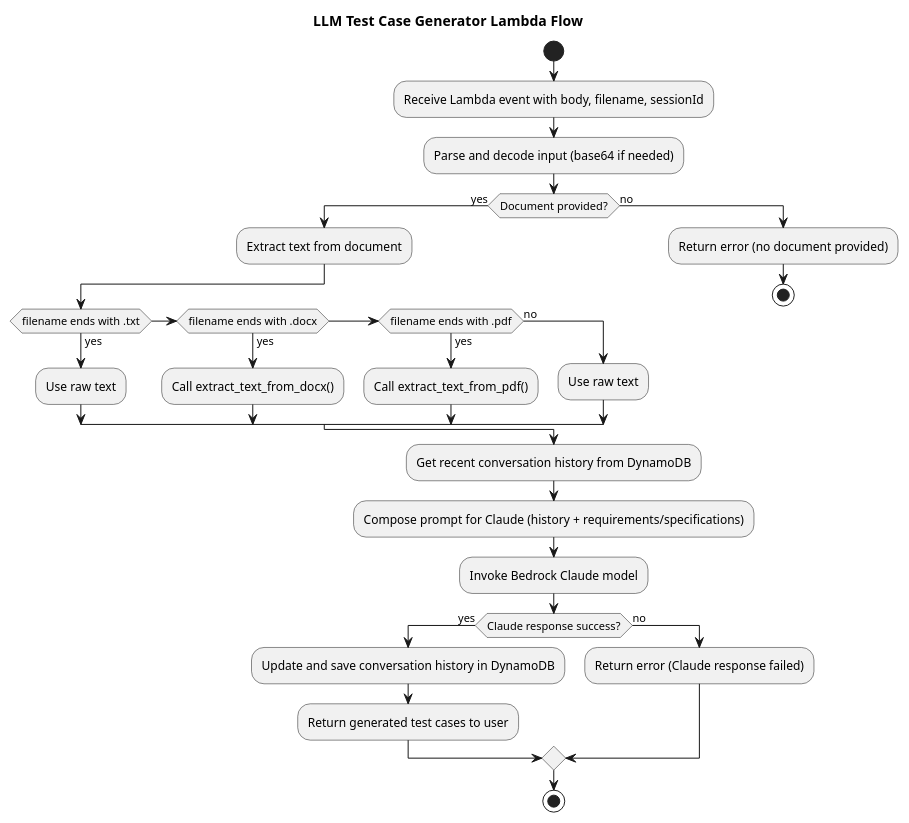
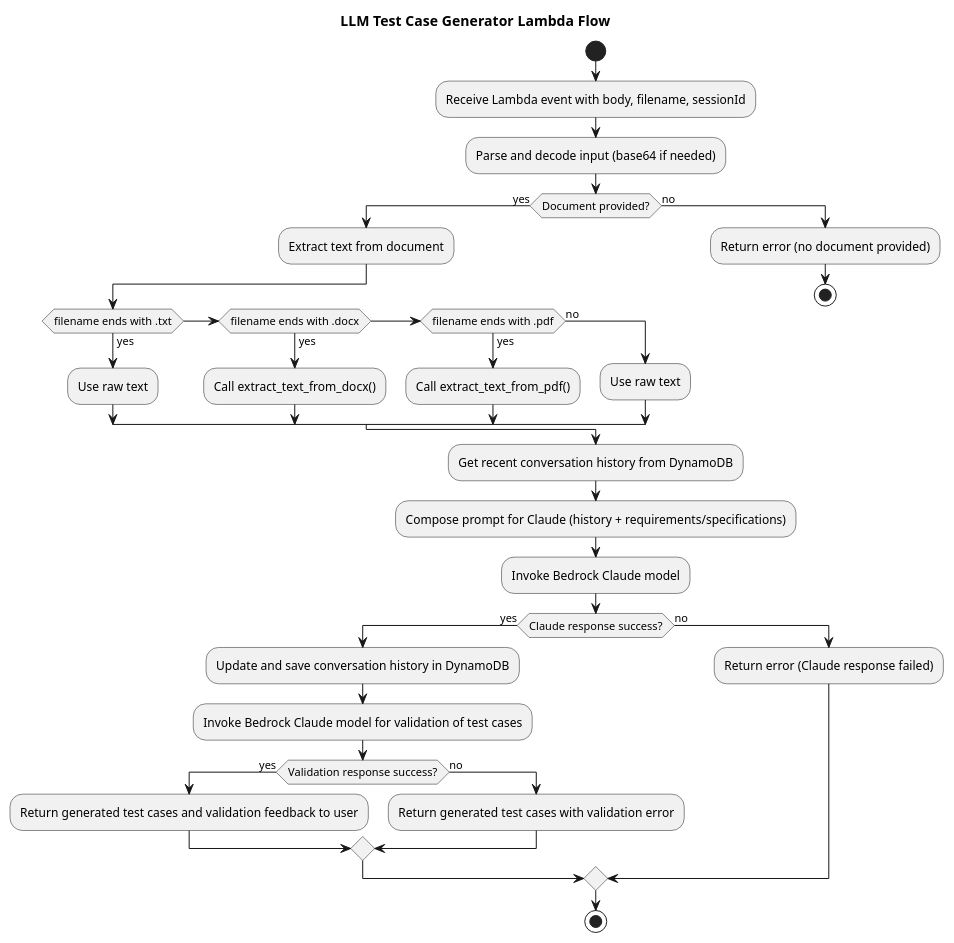
One commit to pavanchanduri/RAGChatbot changed the diagram in llmtestcasegenerator/PUML Diagrams/llmtestcasegenerator.puml. Above: the diagram before and after it, drawn with PlantUML. The commit also changed 5 other files, not shown here.

Commit message:
Modified few UML diagrams and made other changes

```diff
--- a/llmtestcasegenerator/PUML Diagrams/llmtestcasegenerator.puml
+++ b/llmtestcasegenerator/PUML Diagrams/llmtestcasegenerator.puml
@@ -1,37 +1,42 @@
 @startuml LLMTestCaseGenerator
 title LLM Test Case Generator Lambda Flow
 
 start
 
 :Receive Lambda event with body, filename, sessionId;
 :Parse and decode input (base64 if needed);
 
 if (Document provided?) then (yes)
     :Extract text from document;
     if (filename ends with .txt) then (yes)
         :Use raw text;
     else if (filename ends with .docx) then (yes)
         :Call extract_text_from_docx();
     else if (filename ends with .pdf) then (yes)
         :Call extract_text_from_pdf();
     else (no)
         :Use raw text;
     endif
 else (no)
     :Return error (no document provided);
     stop
 endif
 
 :Get recent conversation history from DynamoDB;
 :Compose prompt for Claude (history + requirements/specifications);
 
 :Invoke Bedrock Claude model;
 if (Claude response success?) then (yes)
     :Update and save conversation history in DynamoDB;
-    :Return generated test cases to user;
+    :Invoke Bedrock Claude model for validation of test cases;
+    if (Validation response success?) then (yes)
+        :Return generated test cases and validation feedback to user;
+    else (no)
+        :Return generated test cases with validation error;
+    endif
 else (no)
     :Return error (Claude response failed);
 endif
 
 stop
 @enduml
```
